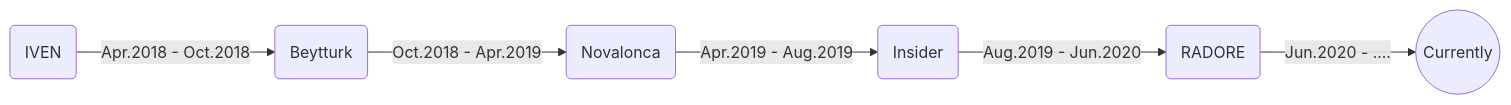
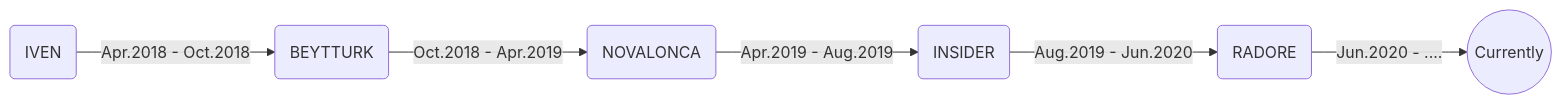
The diagram in README.md (zaferhuzmeli/zaferhuzmeli), drawn with Mermaid before and after one commit.

Commit message:
updated to uppercase

````diff
--- a/README.md
+++ b/README.md
@@ -42,8 +42,8 @@
 ```mermaid
 graph LR
   rcd(RADORE)    -- Jun.2020 - .... --> now((Currently))
-  ins(Insider)   -- Aug.2019 - Jun.2020  --> rcd(RADORE)
-  nl(Novalonca)  -- Apr.2019 - Aug.2019  --> ins(Insider)
-  byt(Beytturk)  -- Oct.2018 - Apr.2019  --> nl(Novalonca)
-  iven(IVEN)     -- Apr.2018 - Oct.2018  --> byt(Beytturk)  
+  ins(INSIDER)   -- Aug.2019 - Jun.2020  --> rcd(RADORE)
+  nl(NOVALONCA)  -- Apr.2019 - Aug.2019  --> ins(INSIDER)
+  byt(BEYTTURK)  -- Oct.2018 - Apr.2019  --> nl(NOVALONCA)
+  iven(IVEN)     -- Apr.2018 - Oct.2018  --> byt(BEYTTURK)  
 ```
````
